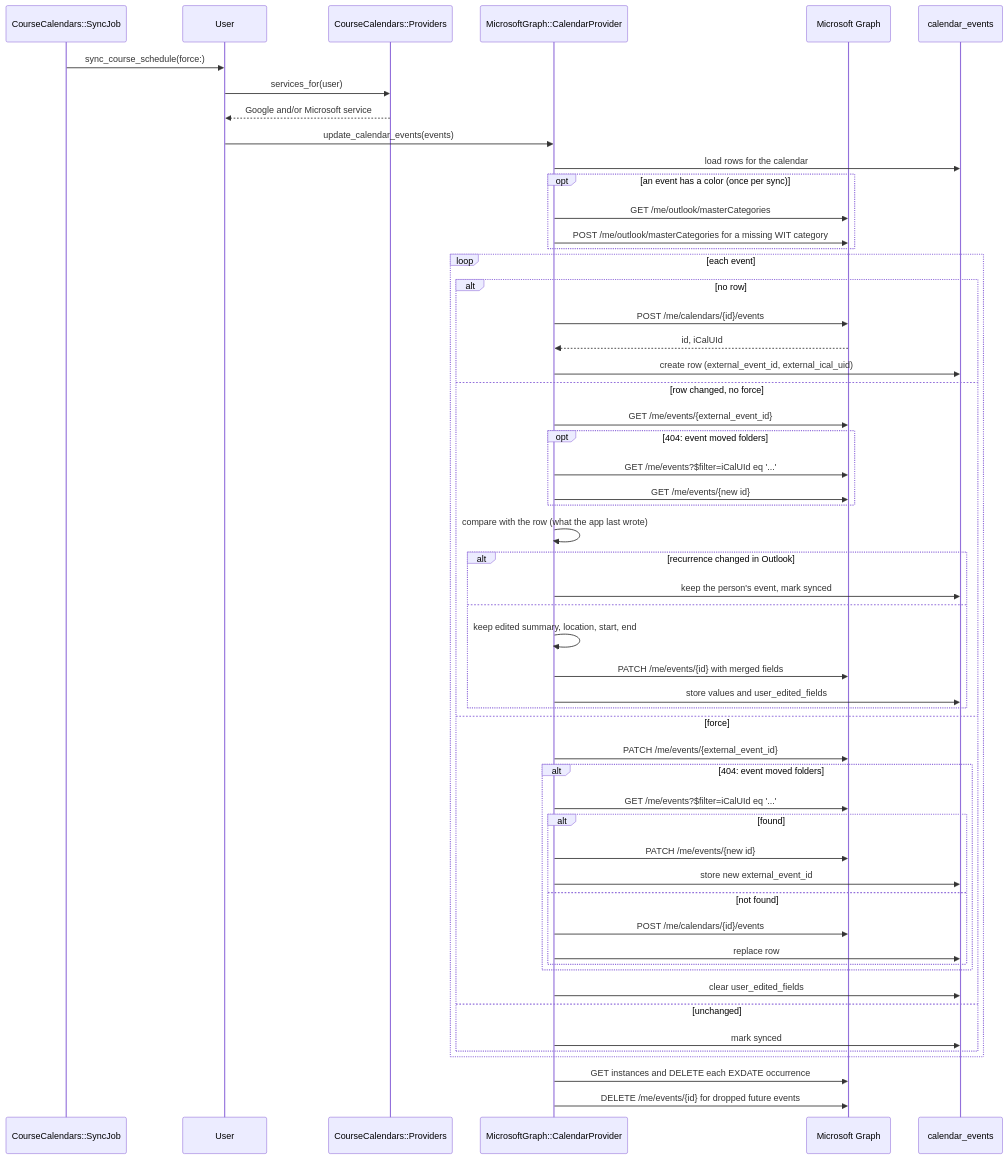
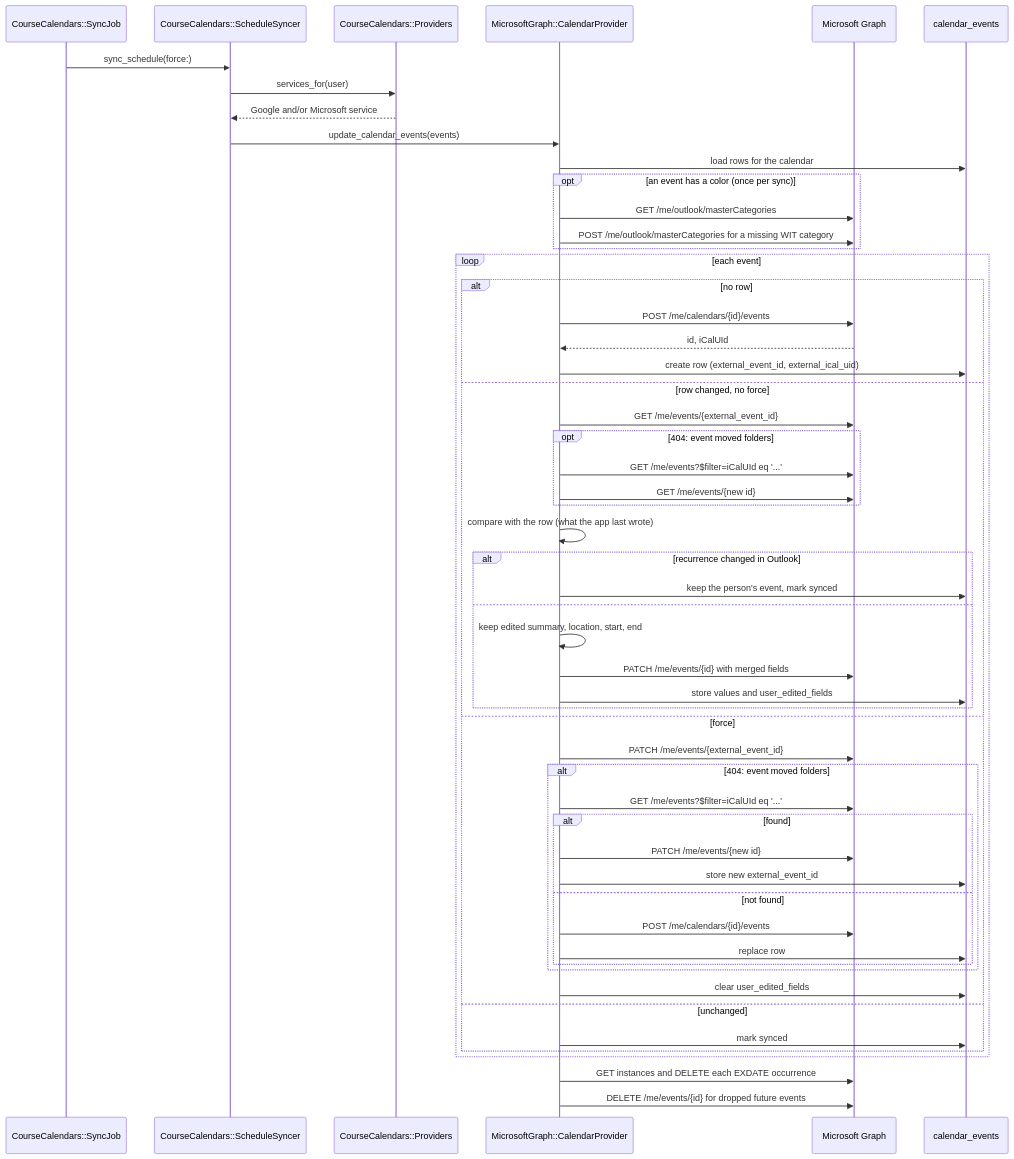
The second of 2 diagrams in docs/microsoft-graph-calendar.md (WITCodingClub/calendar-backend), drawn with Mermaid before and after one commit. The commit also changed other lines of this file and 126 other files, not shown here.

````diff
--- a/docs/microsoft-graph-calendar.md
+++ b/docs/microsoft-graph-calendar.md
@@ -121,57 +121,57 @@
 ```mermaid
 sequenceDiagram
     participant Job as CourseCalendars::SyncJob
-    participant User as User#sync_course_schedule
+    participant User as CourseCalendars::ScheduleSyncer
     participant Providers as CourseCalendars::Providers
     participant MS as MicrosoftGraph::CalendarProvider
     participant Graph as Microsoft Graph
     participant DB as calendar_events
 
-    Job->>User: sync_course_schedule(force:)
+    Job->>User: sync_schedule(force:)
     User->>Providers: services_for(user)
     Providers-->>User: Google and/or Microsoft service
     User->>MS: update_calendar_events(events)
     MS->>DB: load rows for the calendar
     opt an event has a color (once per sync)
         MS->>Graph: GET /me/outlook/masterCategories
         MS->>Graph: POST /me/outlook/masterCategories for a missing WIT category
     end
     loop each event
         alt no row
             MS->>Graph: POST /me/calendars/{id}/events
             Graph-->>MS: id, iCalUId
             MS->>DB: create row (external_event_id, external_ical_uid)
         else row changed, no force
             MS->>Graph: GET /me/events/{external_event_id}
             opt 404: event moved folders
                 MS->>Graph: GET /me/events?$filter=iCalUId eq '...'
                 MS->>Graph: GET /me/events/{new id}
             end
             MS->>MS: compare with the row (what the app last wrote)
             alt recurrence changed in Outlook
                 MS->>DB: keep the person's event, mark synced
             else
                 MS->>MS: keep edited summary, location, start, end
                 MS->>Graph: PATCH /me/events/{id} with merged fields
                 MS->>DB: store values and user_edited_fields
             end
         else force
             MS->>Graph: PATCH /me/events/{external_event_id}
             alt 404: event moved folders
                 MS->>Graph: GET /me/events?$filter=iCalUId eq '...'
                 alt found
                     MS->>Graph: PATCH /me/events/{new id}
                     MS->>DB: store new external_event_id
                 else not found
                     MS->>Graph: POST /me/calendars/{id}/events
                     MS->>DB: replace row
                 end
             end
             MS->>DB: clear user_edited_fields
         else unchanged
             MS->>DB: mark synced
         end
     end
     MS->>Graph: GET instances and DELETE each EXDATE occurrence
     MS->>Graph: DELETE /me/events/{id} for dropped future events
 ```
````
